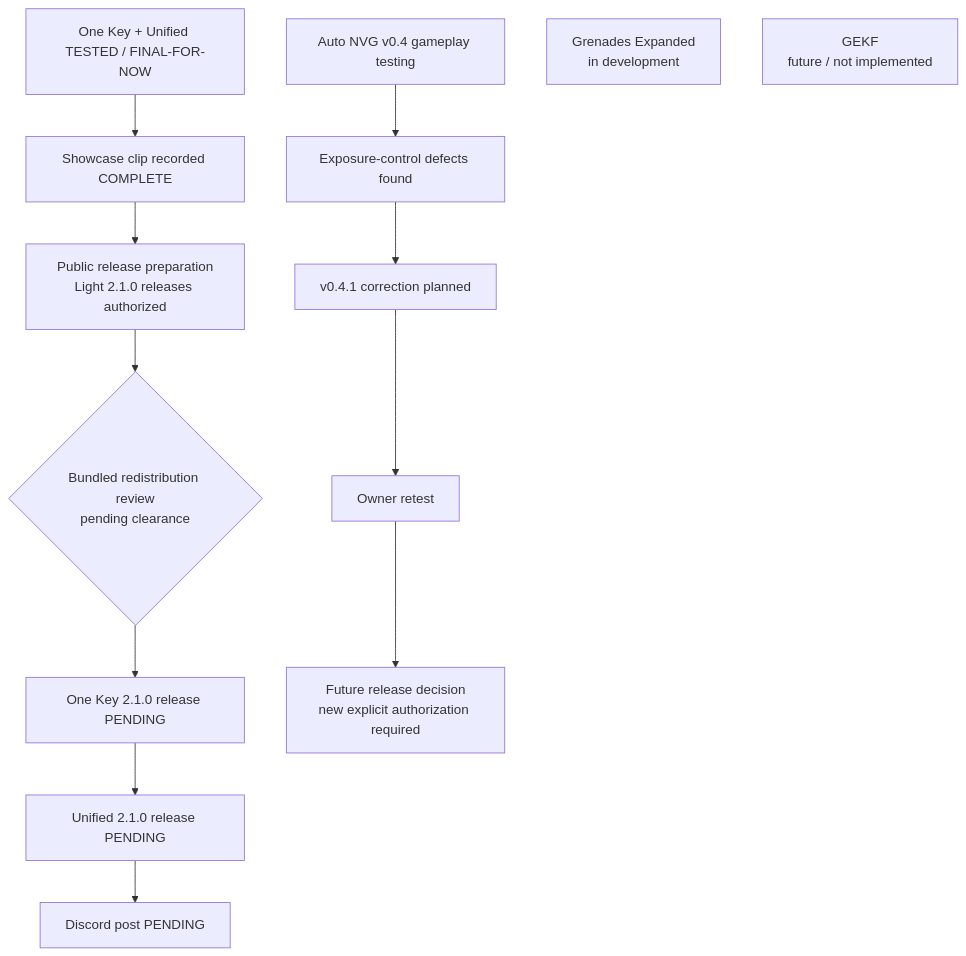
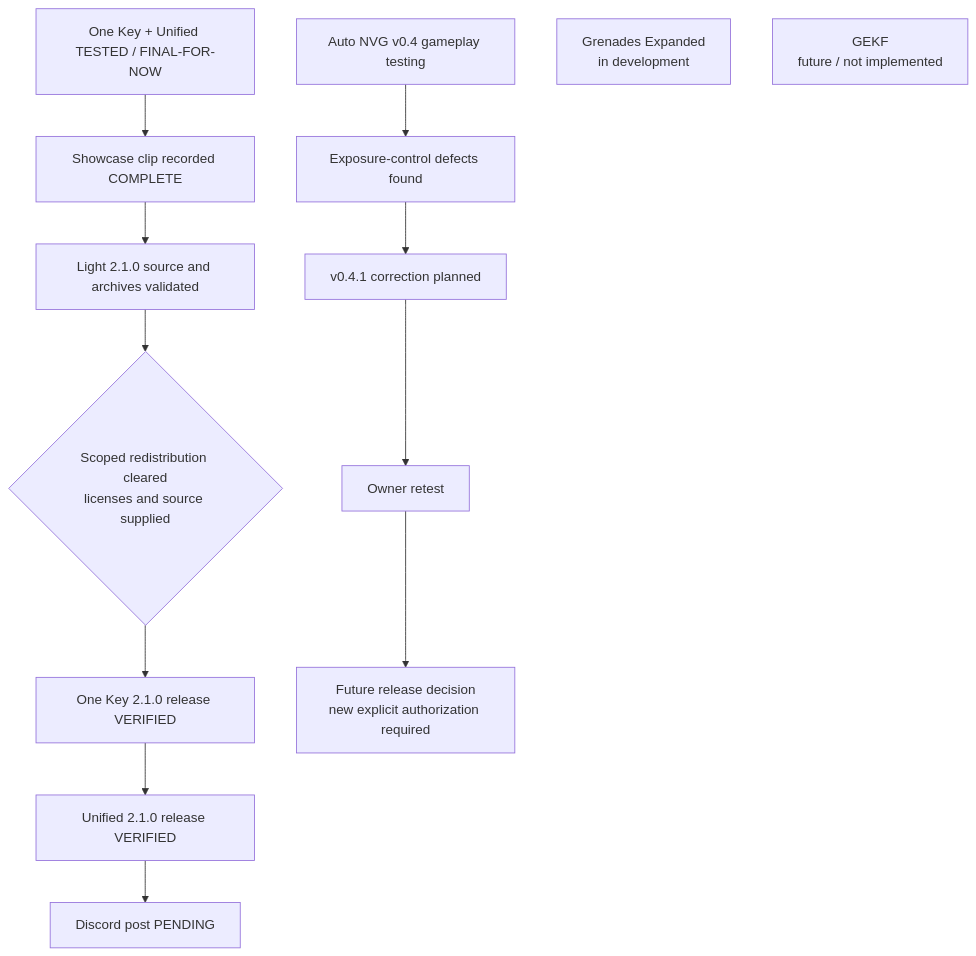
The diagram in ROADMAP.md (ProfessorMaterialistic/GAMMA-Mod-Releases), drawn with Mermaid before and after one commit. The commit also changed other lines of this file and 34 other files, not shown here.

Commit message:
docs(light): link verified 2.1 downloads and source notices

````diff
--- a/ROADMAP.md
+++ b/ROADMAP.md
@@ -7,14 +7,14 @@
 ```mermaid
 flowchart TD
     L["One Key + Unified TESTED / FINAL-FOR-NOW"] --> V["Showcase clip recorded COMPLETE"]
-    V --> P["Public release preparation<br/>Light 2.1.0 releases authorized"]
-    P --> C{"Bundled redistribution review<br/>pending clearance"}
-    C --> O["One Key 2.1.0 release PENDING"]
-    O --> U["Unified 2.1.0 release PENDING"]
+    V --> P["Light 2.1.0 source and archives validated"]
+    P --> C{"Scoped redistribution cleared<br/>licenses and source supplied"}
+    C --> O["One Key 2.1.0 release VERIFIED"]
+    O --> U["Unified 2.1.0 release VERIFIED"]
     U --> D["Discord post PENDING"]
     A["Auto NVG v0.4 gameplay testing"] --> F["Exposure-control defects found"]
     F --> X["v0.4.1 correction planned"] --> T["Owner retest"]
     T --> R["Future release decision<br/>new explicit authorization required"]
     G["Grenades Expanded<br/>in development"]
     K["GEKF<br/>future / not implemented"]
 ```
````
